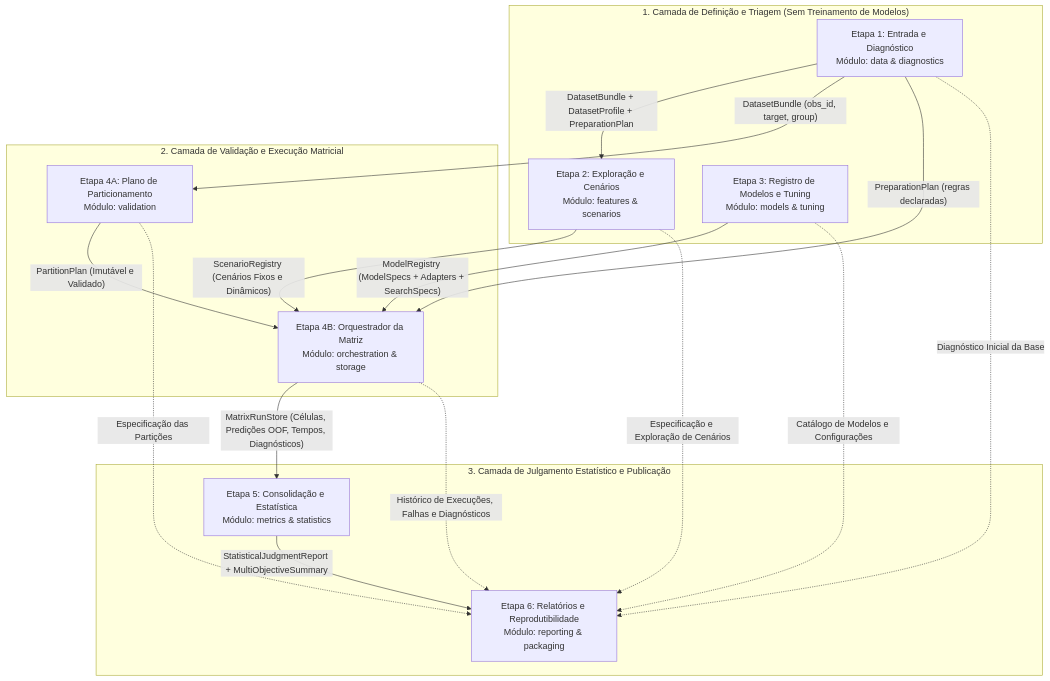
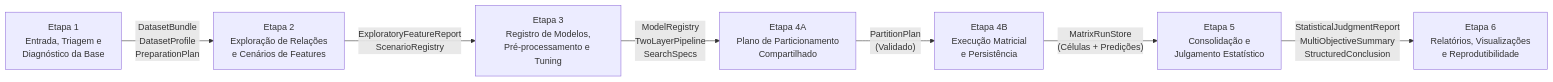
Before and after one commit to aleerangel/experimental-ml-framework: the second of 4 diagrams in engenharia_software/ARQUITETURA_E_CONTRATOS.md, drawn with Mermaid. The commit also changed other lines of this file and 2 other files, not shown here.

Commit message:
docs(arquitetura): separa arquitetura em 3 camadas, pipeline operacional de 6 etapas e dependencias entre modulos

````diff
--- a/engenharia_software/ARQUITETURA_E_CONTRATOS.md
+++ b/engenharia_software/ARQUITETURA_E_CONTRATOS.md
@@ -52,32 +114,9 @@
 ```mermaid
-flowchart TD
-    subgraph Camada_1["1. Camada de Definição e Triagem (Sem Treinamento de Modelos)"]
-        E1["Etapa 1: Entrada e Diagnóstico<br/>Módulo: data & diagnostics"]
-        E2["Etapa 2: Exploração e Cenários<br/>Módulo: features & scenarios"]
-        E3["Etapa 3: Registro de Modelos e Tuning<br/>Módulo: models & tuning"]
-    end
-
-    subgraph Camada_2["2. Camada de Validação e Execução Matricial"]
-        E4A["Etapa 4A: Plano de Particionamento<br/>Módulo: validation"]
-        E4B["Etapa 4B: Orquestrador da Matriz<br/>Módulo: orchestration & storage"]
-    end
-
-    subgraph Camada_3["3. Camada de Julgamento Estatístico e Publicação"]
-        E5["Etapa 5: Consolidação e Estatística<br/>Módulo: metrics & statistics"]
-        E6["Etapa 6: Relatórios e Reprodutibilidade<br/>Módulo: reporting & packaging"]
-    end
-
-    E1 -->|"DatasetBundle + DatasetProfile + PreparationPlan"| E2
-    E1 -->|"DatasetBundle (obs_id, target, group)"| E4A
-    E1 -->|"PreparationPlan (regras declaradas)"| E4B
-    E2 -->|"ScenarioRegistry (Cenários Fixos e Dinâmicos)"| E4B
-    E3 -->|"ModelRegistry (ModelSpecs + Adapters + SearchSpecs)"| E4B
-    E4A -->|"PartitionPlan (Imutável e Validado)"| E4B
-    E4B -->|"MatrixRunStore (Células, Predições OOF, Tempos, Diagnósticos)"| E5
-    E1 -.->|"Diagnóstico Inicial da Base"| E6
-    E2 -.->|"Especificação e Exploração de Cenários"| E6
-    E3 -.->|"Catálogo de Modelos e Configurações"| E6
-    E4A -.->|"Especificação das Partições"| E6
-    E4B -.->|"Histórico de Execuções, Falhas e Diagnósticos"| E6
-    E5 -->|"StatisticalJudgmentReport + MultiObjectiveSummary"| E6
+flowchart LR
+    E1["Etapa 1<br/>Entrada, Triagem e<br/>Diagnóstico da Base"] -->|"DatasetBundle<br/>DatasetProfile<br/>PreparationPlan"| E2["Etapa 2<br/>Exploração de Relações<br/>e Cenários de Features"]
+    E2 -->|"ExploratoryFeatureReport<br/>ScenarioRegistry"| E3["Etapa 3<br/>Registro de Modelos,<br/>Pré-processamento e Tuning"]
+    E3 -->|"ModelRegistry<br/>TwoLayerPipeline<br/>SearchSpecs"| E4A["Etapa 4A<br/>Plano de Particionamento<br/>Compartilhado"]
+    E4A -->|"PartitionPlan<br/>(Validado)"| E4B["Etapa 4B<br/>Execução Matricial<br/>e Persistência"]
+    E4B -->|"MatrixRunStore<br/>(Células + Predições)"| E5["Etapa 5<br/>Consolidação e<br/>Julgamento Estatístico"]
+    E5 -->|"StatisticalJudgmentReport<br/>MultiObjectiveSummary<br/>StructuredConclusion"| E6["Etapa 6<br/>Relatórios, Visualizações<br/>e Reprodutibilidade"]
 ```
````
